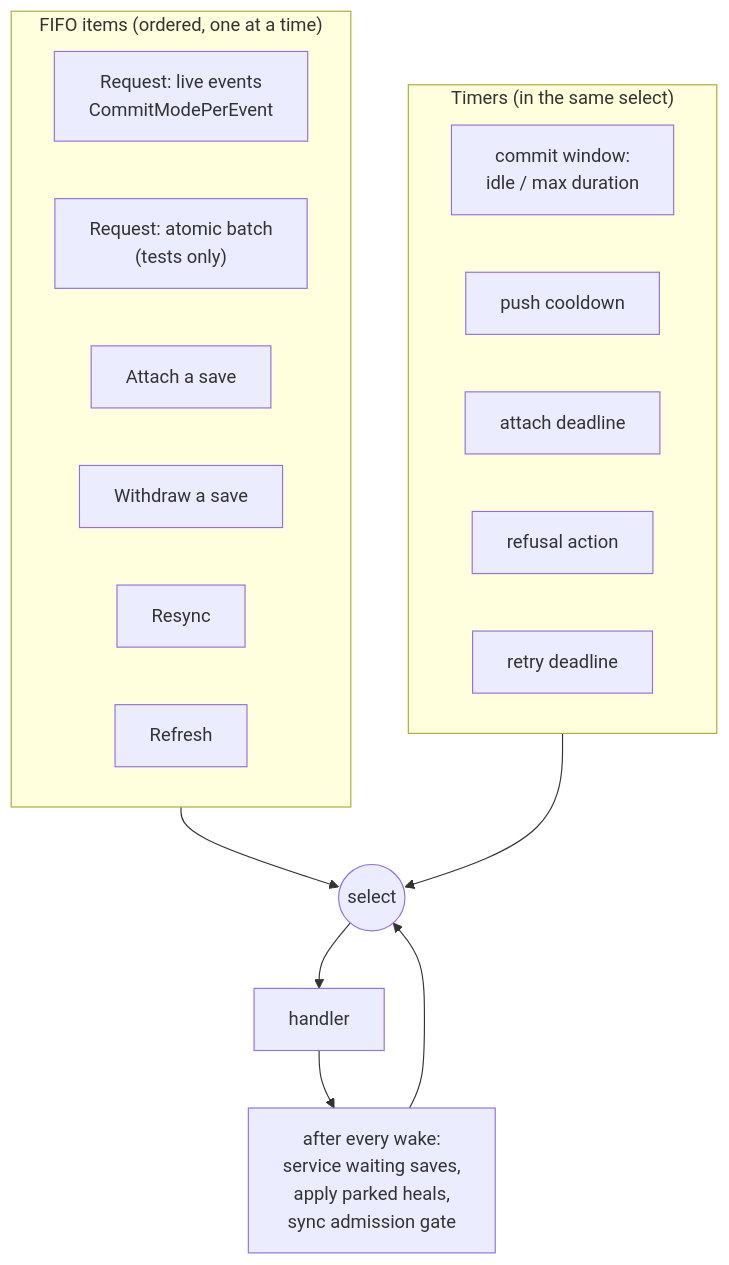
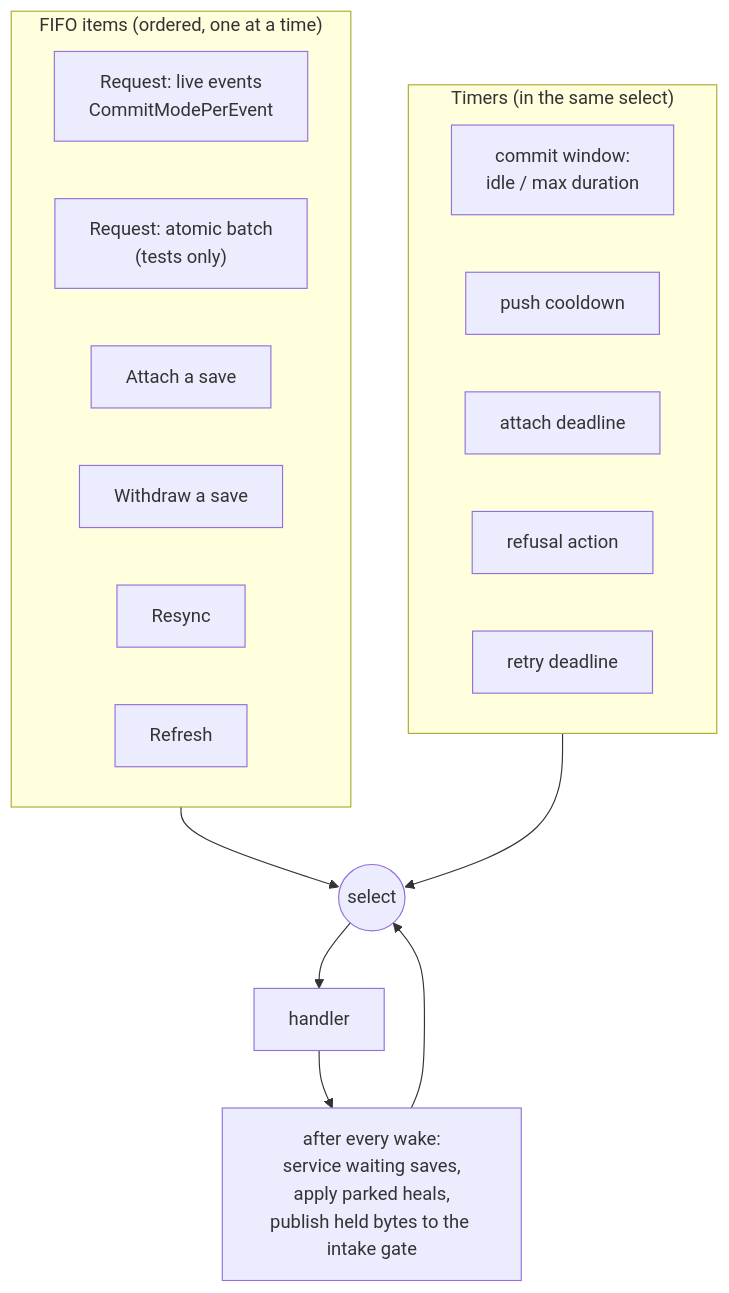
The sixth of 12 diagrams in docs/design/event-pipeline-overview.md (ConfigButler/gitops-reverser), drawn with Mermaid before and after one commit. The commit also changed other lines of this file, not shown here.

First line of the commit message:
docs(design): draw the event pipeline as it is after step 5b

````diff
--- a/docs/design/event-pipeline-overview.md
+++ b/docs/design/event-pipeline-overview.md
@@ -228,27 +240,27 @@
 ```mermaid
 flowchart TB
     subgraph FIFO_IN["FIFO items (ordered, one at a time)"]
         I1["Request: live events<br/>CommitModePerEvent"]
         I2["Request: atomic batch<br/>(tests only)"]
         I3["Attach a save"]
         I4["Withdraw a save"]
         I5["Resync"]
         I6["Refresh"]
     end
 
     subgraph TIMERS["Timers (in the same select)"]
         T1["commit window:<br/>idle / max duration"]
         T2["push cooldown"]
         T3["attach deadline"]
         T4["refusal action"]
         T5["retry deadline"]
     end
 
     SEL(("select"))
     FIFO_IN --> SEL
     TIMERS --> SEL
 
     SEL --> H["handler"]
-    H --> AFTER["after every wake:<br/>service waiting saves,<br/>apply parked heals,<br/>sync admission gate"]
+    H --> AFTER["after every wake:<br/>service waiting saves,<br/>apply parked heals,<br/>publish held bytes to the intake gate"]
     AFTER --> SEL
 ```
````
